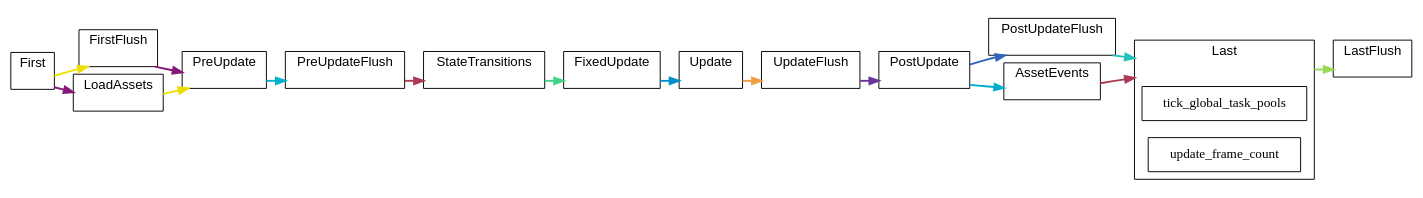
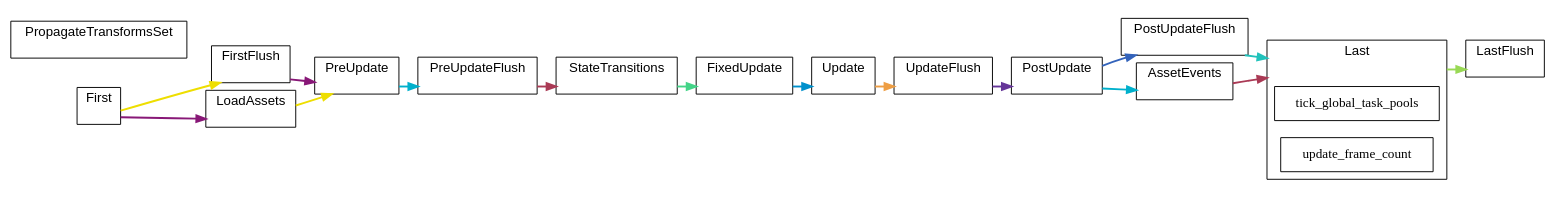
The diagram in docs/schedule/by-crate/light/schedule_Main_bevy_core.dot (jakobhellermann/bevy_mod_debugdump), drawn with Graphviz before and after one commit. The commit also changed 79 other files, not shown here.

```diff
--- a/docs/schedule/by-crate/light/schedule_Main_bevy_core.dot
+++ b/docs/schedule/by-crate/light/schedule_Main_bevy_core.dot
@@ -1,138 +1,146 @@
 digraph "" {
 	"compound"="true";
 	"splines"="spline";
 	"rankdir"="LR";
 	"bgcolor"="white";
 	"fontname"="Helvetica";
 	edge ["penwidth"="2"];
 	node ["shape"="box", "style"="filled", "fillcolor"="white", "color"="black"];
 	subgraph "clusternode_Set(0)" {
 		"label"="Update";
 		"tooltip"="Update";
 		"bgcolor"="white";
 		"color"="black";
 		"set_marker_node_Set(0)" ["style"="invis", "label"="", "height"="0", "shape"="point"]
 	}
 	
 	subgraph "clusternode_Set(2)" {
 		"label"="FirstFlush";
 		"tooltip"="FirstFlush";
 		"bgcolor"="white";
 		"color"="black";
 		"set_marker_node_Set(2)" ["style"="invis", "label"="", "height"="0", "shape"="point"]
 	}
 	
 	subgraph "clusternode_Set(3)" {
 		"label"="PreUpdateFlush";
 		"tooltip"="PreUpdateFlush";
 		"bgcolor"="white";
 		"color"="black";
 		"set_marker_node_Set(3)" ["style"="invis", "label"="", "height"="0", "shape"="point"]
 	}
 	
 	subgraph "clusternode_Set(4)" {
 		"label"="UpdateFlush";
 		"tooltip"="UpdateFlush";
 		"bgcolor"="white";
 		"color"="black";
 		"set_marker_node_Set(4)" ["style"="invis", "label"="", "height"="0", "shape"="point"]
 	}
 	
 	subgraph "clusternode_Set(5)" {
 		"label"="PostUpdateFlush";
 		"tooltip"="PostUpdateFlush";
 		"bgcolor"="white";
 		"color"="black";
 		"set_marker_node_Set(5)" ["style"="invis", "label"="", "height"="0", "shape"="point"]
 	}
 	
 	subgraph "clusternode_Set(6)" {
 		"label"="LastFlush";
 		"tooltip"="LastFlush";
 		"bgcolor"="white";
 		"color"="black";
 		"set_marker_node_Set(6)" ["style"="invis", "label"="", "height"="0", "shape"="point"]
 	}
 	
 	subgraph "clusternode_Set(7)" {
 		"label"="First";
 		"tooltip"="First";
 		"bgcolor"="white";
 		"color"="black";
 		"set_marker_node_Set(7)" ["style"="invis", "label"="", "height"="0", "shape"="point"]
 	}
 	
 	subgraph "clusternode_Set(8)" {
 		"label"="PreUpdate";
 		"tooltip"="PreUpdate";
 		"bgcolor"="white";
 		"color"="black";
 		"set_marker_node_Set(8)" ["style"="invis", "label"="", "height"="0", "shape"="point"]
 	}
 	
 	subgraph "clusternode_Set(9)" {
 		"label"="StateTransitions";
 		"tooltip"="StateTransitions";
 		"bgcolor"="white";
 		"color"="black";
 		"set_marker_node_Set(9)" ["style"="invis", "label"="", "height"="0", "shape"="point"]
 	}
 	
 	subgraph "clusternode_Set(10)" {
 		"label"="FixedUpdate";
 		"tooltip"="FixedUpdate";
 		"bgcolor"="white";
 		"color"="black";
 		"set_marker_node_Set(10)" ["style"="invis", "label"="", "height"="0", "shape"="point"]
 	}
 	
 	subgraph "clusternode_Set(11)" {
 		"label"="PostUpdate";
 		"tooltip"="PostUpdate";
 		"bgcolor"="white";
 		"color"="black";
 		"set_marker_node_Set(11)" ["style"="invis", "label"="", "height"="0", "shape"="point"]
 	}
 	
 	subgraph "clusternode_Set(12)" {
 		"label"="Last";
 		"tooltip"="Last";
 		"bgcolor"="white";
 		"color"="black";
 		"set_marker_node_Set(12)" ["style"="invis", "label"="", "height"="0", "shape"="point"]
 		"node_System(6)" ["label"="tick_global_task_pools", "tooltip"="bevy_core::tick_global_task_pools"]
 		"node_System(7)" ["label"="update_frame_count", "tooltip"="bevy_core::update_frame_count"]
 	}
 	
-	subgraph "clusternode_Set(58)" {
+	subgraph "clusternode_Set(22)" {
+		"label"="PropagateTransformsSet";
+		"tooltip"="PropagateTransformsSet";
+		"bgcolor"="white";
+		"color"="black";
+		"set_marker_node_Set(22)" ["style"="invis", "label"="", "height"="0", "shape"="point"]
+	}
+	
+	subgraph "clusternode_Set(59)" {
 		"label"="LoadAssets";
 		"tooltip"="LoadAssets";
 		"bgcolor"="white";
 		"color"="black";
-		"set_marker_node_Set(58)" ["style"="invis", "label"="", "height"="0", "shape"="point"]
+		"set_marker_node_Set(59)" ["style"="invis", "label"="", "height"="0", "shape"="point"]
 	}
 	
-	subgraph "clusternode_Set(59)" {
+	subgraph "clusternode_Set(60)" {
 		"label"="AssetEvents";
 		"tooltip"="AssetEvents";
 		"bgcolor"="white";
 		"color"="black";
-		"set_marker_node_Set(59)" ["style"="invis", "label"="", "height"="0", "shape"="point"]
+		"set_marker_node_Set(60)" ["style"="invis", "label"="", "height"="0", "shape"="point"]
 	}
 	
 	"set_marker_node_Set(7)" -> "set_marker_node_Set(2)" ["lhead"="clusternode_Set(2)", "ltail"="clusternode_Set(7)", "tooltip"="First → FirstFlush", "color"="#eede00"]
 	"set_marker_node_Set(2)" -> "set_marker_node_Set(8)" ["lhead"="clusternode_Set(8)", "ltail"="clusternode_Set(2)", "tooltip"="FirstFlush → PreUpdate", "color"="#881877"]
 	"set_marker_node_Set(8)" -> "set_marker_node_Set(3)" ["lhead"="clusternode_Set(3)", "ltail"="clusternode_Set(8)", "tooltip"="PreUpdate → PreUpdateFlush", "color"="#00b0cc"]
 	"set_marker_node_Set(3)" -> "set_marker_node_Set(9)" ["lhead"="clusternode_Set(9)", "ltail"="clusternode_Set(3)", "tooltip"="PreUpdateFlush → StateTransitions", "color"="#aa3a55"]
 	"set_marker_node_Set(9)" -> "set_marker_node_Set(10)" ["lhead"="clusternode_Set(10)", "ltail"="clusternode_Set(9)", "tooltip"="StateTransitions → FixedUpdate", "color"="#44d488"]
 	"set_marker_node_Set(10)" -> "set_marker_node_Set(0)" ["lhead"="clusternode_Set(0)", "ltail"="clusternode_Set(10)", "tooltip"="FixedUpdate → Update", "color"="#0090cc"]
 	"set_marker_node_Set(0)" -> "set_marker_node_Set(4)" ["lhead"="clusternode_Set(4)", "ltail"="clusternode_Set(0)", "tooltip"="Update → UpdateFlush", "color"="#ee9e44"]
 	"set_marker_node_Set(4)" -> "set_marker_node_Set(11)" ["lhead"="clusternode_Set(11)", "ltail"="clusternode_Set(4)", "tooltip"="UpdateFlush → PostUpdate", "color"="#663699"]
 	"set_marker_node_Set(11)" -> "set_marker_node_Set(5)" ["lhead"="clusternode_Set(5)", "ltail"="clusternode_Set(11)", "tooltip"="PostUpdate → PostUpdateFlush", "color"="#3363bb"]
 	"set_marker_node_Set(5)" -> "set_marker_node_Set(12)" ["lhead"="clusternode_Set(12)", "ltail"="clusternode_Set(5)", "tooltip"="PostUpdateFlush → Last", "color"="#22c2bb"]
 	"set_marker_node_Set(12)" -> "set_marker_node_Set(6)" ["lhead"="clusternode_Set(6)", "ltail"="clusternode_Set(12)", "tooltip"="Last → LastFlush", "color"="#99d955"]
-	"set_marker_node_Set(58)" -> "set_marker_node_Set(8)" ["lhead"="clusternode_Set(8)", "ltail"="clusternode_Set(58)", "tooltip"="LoadAssets → PreUpdate", "color"="#eede00"]
-	"set_marker_node_Set(7)" -> "set_marker_node_Set(58)" ["lhead"="clusternode_Set(58)", "ltail"="clusternode_Set(7)", "tooltip"="First → LoadAssets", "color"="#881877"]
-	"set_marker_node_Set(11)" -> "set_marker_node_Set(59)" ["lhead"="clusternode_Set(59)", "ltail"="clusternode_Set(11)", "tooltip"="PostUpdate → AssetEvents", "color"="#00b0cc"]
-	"set_marker_node_Set(59)" -> "set_marker_node_Set(12)" ["lhead"="clusternode_Set(12)", "ltail"="clusternode_Set(59)", "tooltip"="AssetEvents → Last", "color"="#aa3a55"]
+	"set_marker_node_Set(59)" -> "set_marker_node_Set(8)" ["lhead"="clusternode_Set(8)", "ltail"="clusternode_Set(59)", "tooltip"="LoadAssets → PreUpdate", "color"="#eede00"]
+	"set_marker_node_Set(7)" -> "set_marker_node_Set(59)" ["lhead"="clusternode_Set(59)", "ltail"="clusternode_Set(7)", "tooltip"="First → LoadAssets", "color"="#881877"]
+	"set_marker_node_Set(11)" -> "set_marker_node_Set(60)" ["lhead"="clusternode_Set(60)", "ltail"="clusternode_Set(11)", "tooltip"="PostUpdate → AssetEvents", "color"="#00b0cc"]
+	"set_marker_node_Set(60)" -> "set_marker_node_Set(12)" ["lhead"="clusternode_Set(12)", "ltail"="clusternode_Set(60)", "tooltip"="AssetEvents → Last", "color"="#aa3a55"]
 }
```
